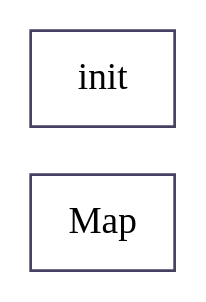
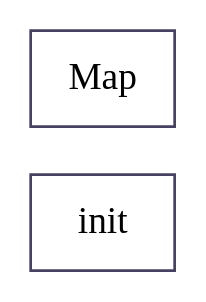
One commit to KeithFarrugia/go-callstat changed the diagram in output/dotfiles/example.com_depusagetest_something.dot. Above: the diagram before and after it, drawn with Graphviz. The commit also changed 11 other files, not shown here.

```diff
--- a/output/dotfiles/example.com_depusagetest_something.dot
+++ b/output/dotfiles/example.com_depusagetest_something.dot
@@ -1,5 +1,5 @@
 digraph "" {
   rankdir=LR;
-  "n4570" [color="#484061", label="Map", shape="box", style="solid", tooltip="example.com/depusagetest/something.Map"];
-  "n4577" [color="#484061", label="init", shape="box", style="solid", tooltip="example.com/depusagetest/something.init"];
+  "n2364" [color="#484061", label="init", shape="box", style="solid", tooltip="example.com/depusagetest/something.init"];
+  "n2376" [color="#484061", label="Map", shape="box", style="solid", tooltip="example.com/depusagetest/something.Map"];
 }
```
